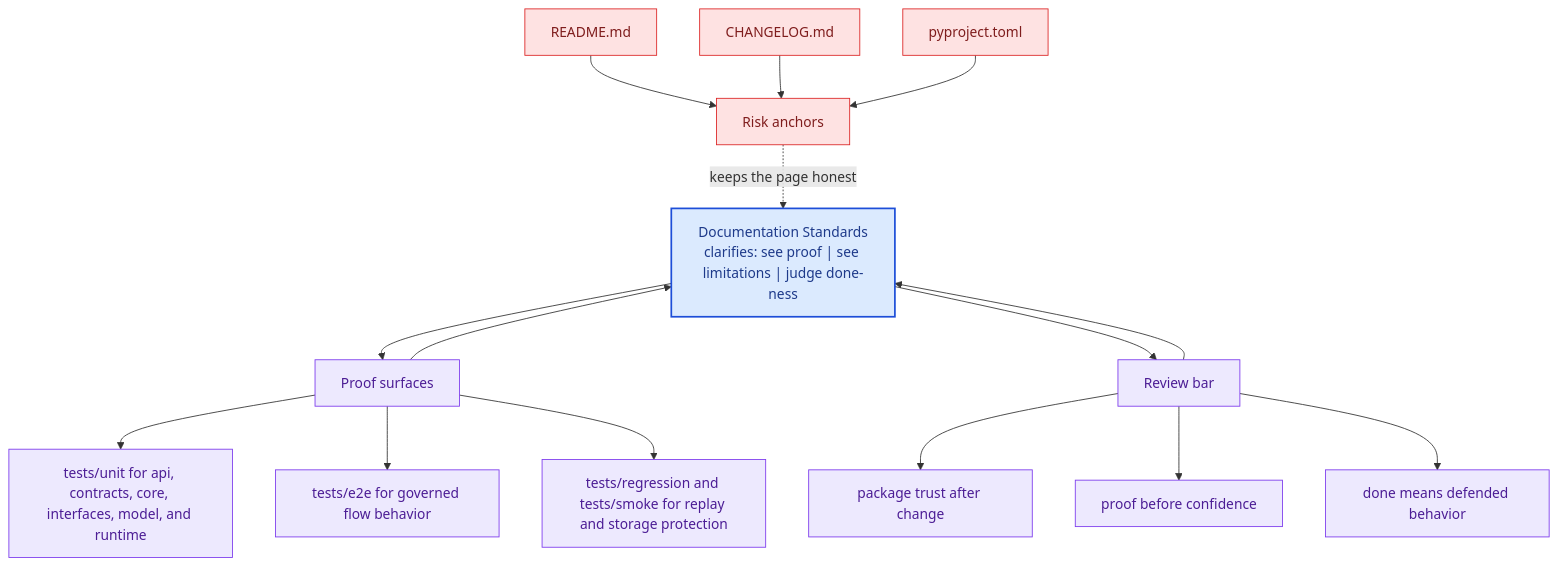
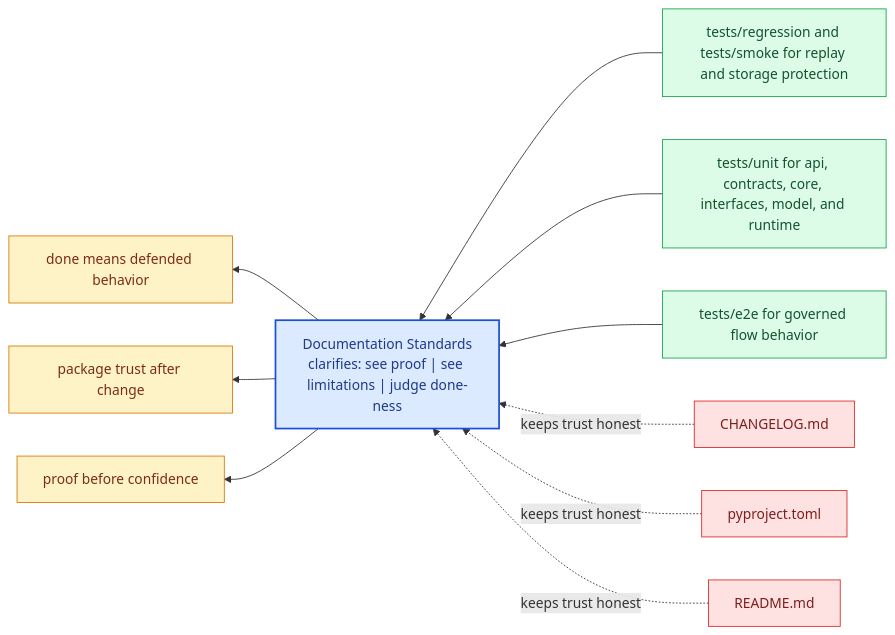
The diagram in docs/bijux-canon-runtime/quality/documentation-standards.md (bijux/bijux-canon), drawn with Mermaid before and after one commit. The commit also changed other lines of this file and 281 other files, not shown here.

Commit message:
docs(diagrams): replace repeated mermaid scaffolds with page-specific summaries

````diff
--- a/docs/bijux-canon-runtime/quality/documentation-standards.md
+++ b/docs/bijux-canon-runtime/quality/documentation-standards.md
@@ -67,41 +22,31 @@
 ```mermaid
-flowchart TB
-    promise["Documentation Standards<br/>clarifies: see proof | see limitations | judge done-ness"]
-    classDef promise fill:#dbeafe,stroke:#1d4ed8,color:#1e3a8a,stroke-width:2px;
-    classDef driver fill:#dcfce7,stroke:#16a34a,color:#14532d;
-    classDef constraint fill:#fee2e2,stroke:#dc2626,color:#7f1d1d;
-    classDef ground fill:#ede9fe,stroke:#7c3aed,color:#4c1d95;
-    focus1["Proof surfaces"]
-    focus1 --> promise
-    promise --> focus1
-    focus1_1["tests/unit for api, contracts, core, interfaces, model, and runtime"]
-    focus1 --> focus1_1
-    focus1_2["tests/e2e for governed flow behavior"]
-    focus1 --> focus1_2
-    focus1_3["tests/regression and tests/smoke for replay and storage protection"]
-    focus1 --> focus1_3
-    class focus1 ground;
-    class focus1_1,focus1_2,focus1_3 ground;
-    focus2["Risk anchors"]
-    focus2 -.keeps the page honest.-> promise
-    focus2_1["README.md"]
-    focus2_1 --> focus2
-    focus2_2["CHANGELOG.md"]
-    focus2_2 --> focus2
-    focus2_3["pyproject.toml"]
-    focus2_3 --> focus2
-    class focus2 constraint;
-    class focus2_1,focus2_2,focus2_3 constraint;
-    focus3["Review bar"]
-    focus3 --> promise
-    promise --> focus3
-    focus3_1["package trust after change"]
-    focus3 --> focus3_1
-    focus3_2["proof before confidence"]
-    focus3 --> focus3_2
-    focus3_3["done means defended behavior"]
-    focus3 --> focus3_3
-    class focus3 ground;
-    class focus3_1,focus3_2,focus3_3 ground;
-    class promise promise;
+flowchart RL
+    page["Documentation Standards<br/>clarifies: see proof | see limitations | judge done-ness"]
+    classDef page fill:#dbeafe,stroke:#1d4ed8,color:#1e3a8a,stroke-width:2px;
+    classDef positive fill:#dcfce7,stroke:#16a34a,color:#14532d;
+    classDef caution fill:#fee2e2,stroke:#dc2626,color:#7f1d1d;
+    classDef anchor fill:#ede9fe,stroke:#7c3aed,color:#4c1d95;
+    classDef action fill:#fef3c7,stroke:#d97706,color:#7c2d12;
+    proof1["tests/regression and tests/smoke for replay and storage protection"]
+    proof1 --> page
+    proof2["tests/unit for api, contracts, core, interfaces, model, and runtime"]
+    proof2 --> page
+    proof3["tests/e2e for governed flow behavior"]
+    proof3 --> page
+    risk1["CHANGELOG.md"]
+    risk1 -.keeps trust honest.-> page
+    risk2["pyproject.toml"]
+    risk2 -.keeps trust honest.-> page
+    risk3["README.md"]
+    risk3 -.keeps trust honest.-> page
+    bar1["done means defended behavior"]
+    page --> bar1
+    bar2["package trust after change"]
+    page --> bar2
+    bar3["proof before confidence"]
+    page --> bar3
+    class page page;
+    class proof1,proof2,proof3 positive;
+    class risk1,risk2,risk3 caution;
+    class bar1,bar2,bar3 action;
 ```
````
